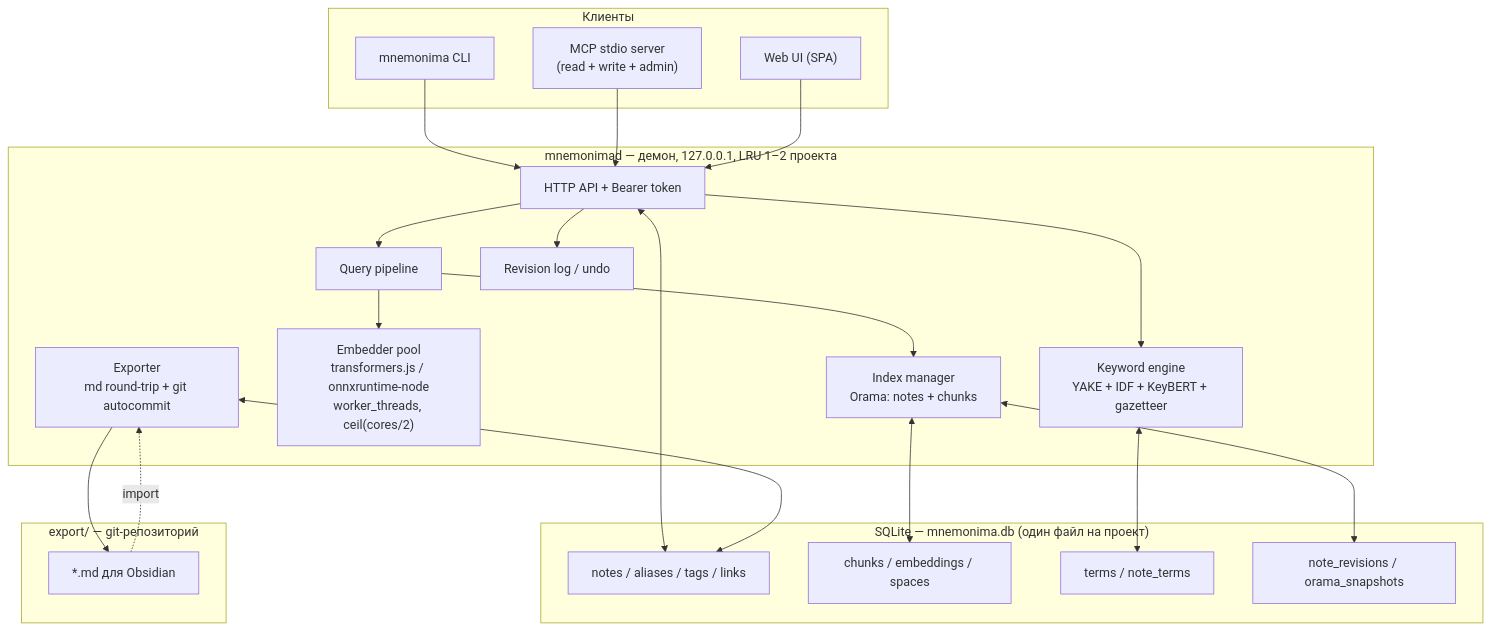
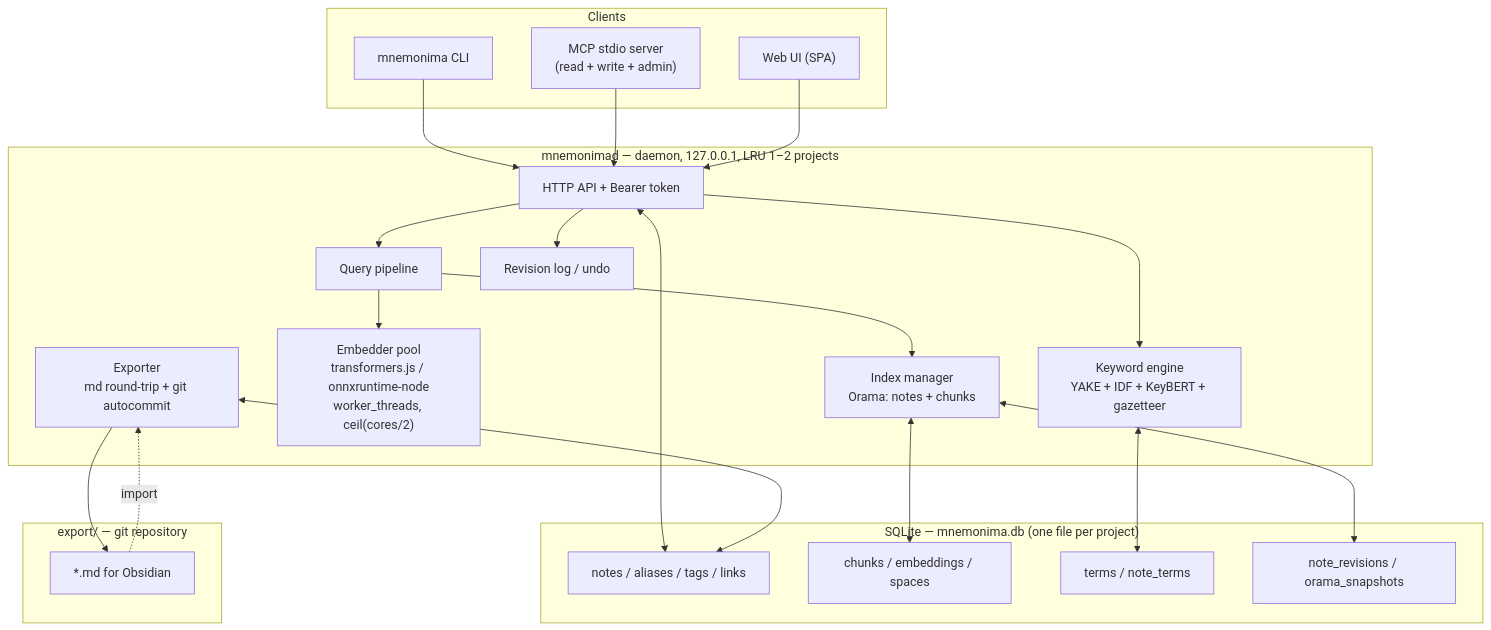
The diagram in DESIGN.md (Virg29/Mnemonima), drawn with Mermaid before and after one commit. The commit also changed other lines of this file, not shown here.

````diff
--- a/DESIGN.md
+++ b/DESIGN.md
@@ -58,44 +59,44 @@
 ```mermaid
 flowchart TB
-  subgraph clients["Клиенты"]
+  subgraph clients["Clients"]
     CLI["mnemonima CLI"]
     MCP["MCP stdio server<br/>(read + write + admin)"]
     UI["Web UI (SPA)"]
   end
 
-  subgraph daemon["mnemonimad — демон, 127.0.0.1, LRU 1–2 проекта"]
+  subgraph daemon["mnemonimad — daemon, 127.0.0.1, LRU 1–2 projects"]
     API["HTTP API + Bearer token"]
     QP["Query pipeline"]
     IX["Index manager<br/>Orama: notes + chunks"]
     EMB["Embedder pool<br/>transformers.js / onnxruntime-node<br/>worker_threads, ceil(cores/2)"]
     KW["Keyword engine<br/>YAKE + IDF + KeyBERT + gazetteer"]
     EXP["Exporter<br/>md round-trip + git autocommit"]
     REV["Revision log / undo"]
   end
 
-  subgraph store["SQLite — mnemonima.db (один файл на проект)"]
+  subgraph store["SQLite — mnemonima.db (one file per project)"]
     T1["notes / aliases / tags / links"]
     T2["chunks / embeddings / spaces"]
     T3["terms / note_terms"]
     T4["note_revisions / orama_snapshots"]
   end
 
-  subgraph git["export/ — git-репозиторий"]
-    MD["*.md для Obsidian"]
+  subgraph git["export/ — git repository"]
+    MD["*.md for Obsidian"]
   end
 
   CLI --> API
   MCP --> API
   UI --> API
   API --> QP --> IX
   QP --> EMB
   API --> REV
   API --> KW
   IX <--> T2
   IX <--> T4
   API <--> T1
   KW <--> T3
   EXP --> MD
   MD -.import.-> EXP
   EXP <--> T1
 ```
````
